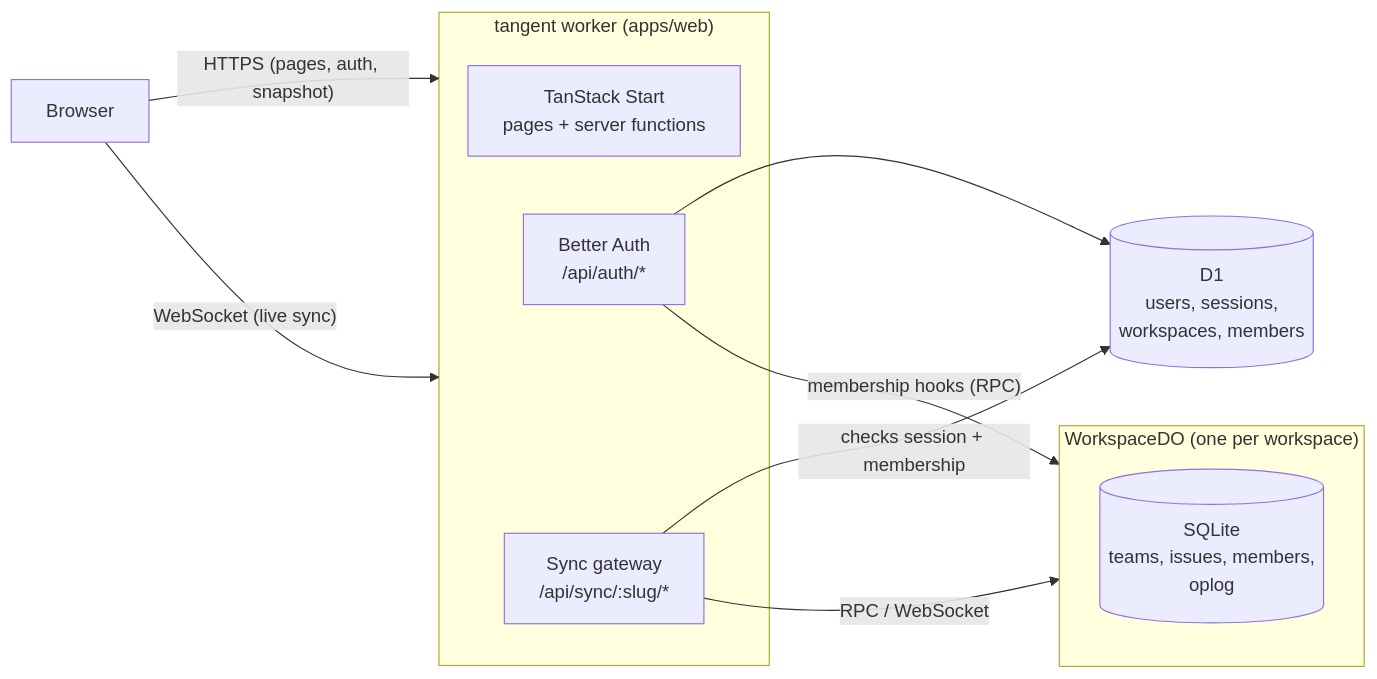
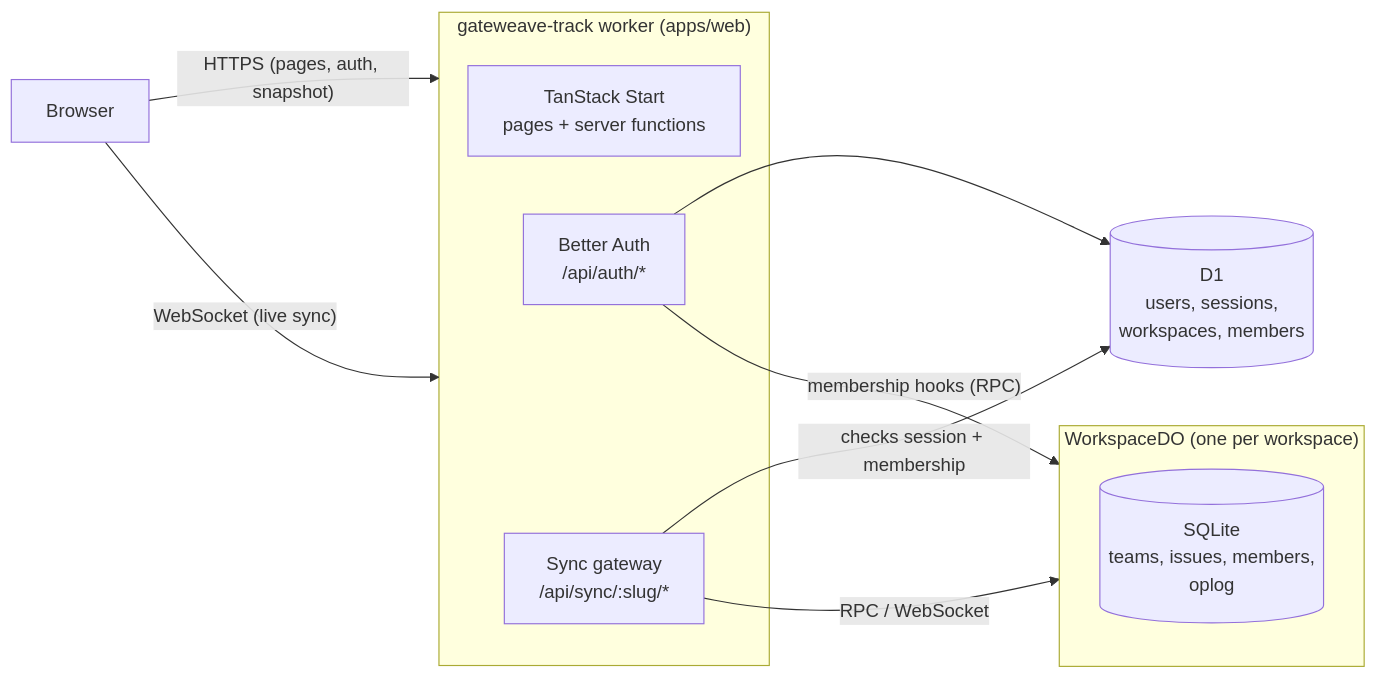
One commit to gateweavehq/track changed the diagram in docs/architecture.md. Above: the diagram before and after it, drawn with Mermaid. The commit also changed other lines of this file and 84 other files, not shown here.

First line of the commit message:
chore: rename the project to Gateweave Track

````diff
--- a/docs/architecture.md
+++ b/docs/architecture.md
@@ -8,17 +8,17 @@
 ```mermaid
 flowchart LR
   Browser -- "HTTPS (pages, auth, snapshot)" --> Worker
   Browser -- "WebSocket (live sync)" --> Worker
-  subgraph Worker["tangent worker (apps/web)"]
+  subgraph Worker["gateweave-track worker (apps/web)"]
     Start["TanStack Start<br/>pages + server functions"]
     Auth["Better Auth<br/>/api/auth/*"]
     Gateway["Sync gateway<br/>/api/sync/:slug/*"]
   end
   Auth --> D1[("D1<br/>users, sessions,<br/>workspaces, members")]
   Gateway -- "checks session + membership" --> D1
   Gateway -- "RPC / WebSocket" --> DO
   Auth -- "membership hooks (RPC)" --> DO
   subgraph DO["WorkspaceDO (one per workspace)"]
     SQLite[("SQLite<br/>teams, issues, members,<br/>oplog")]
   end
 ```
````
